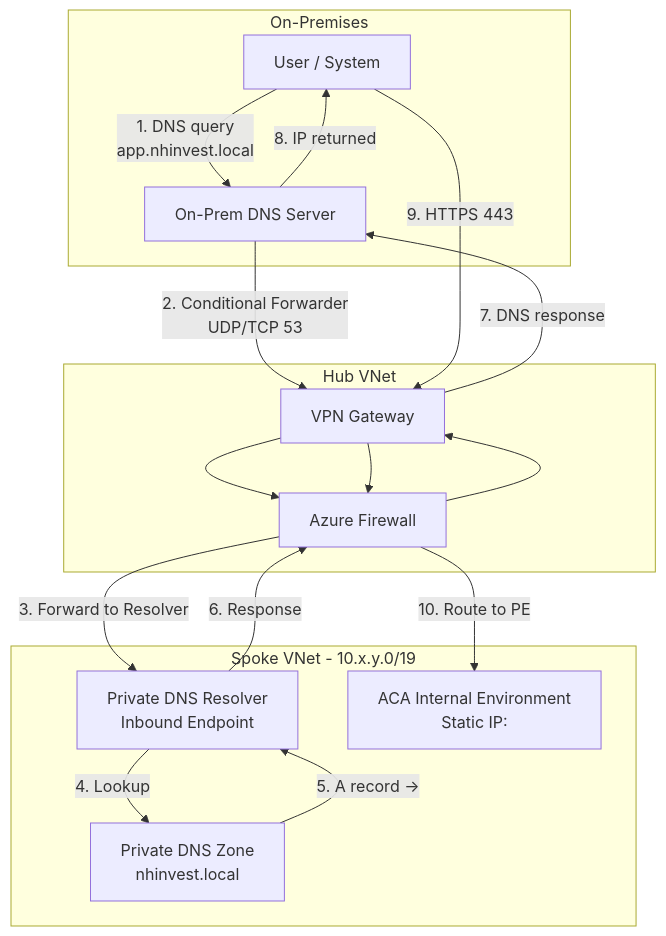
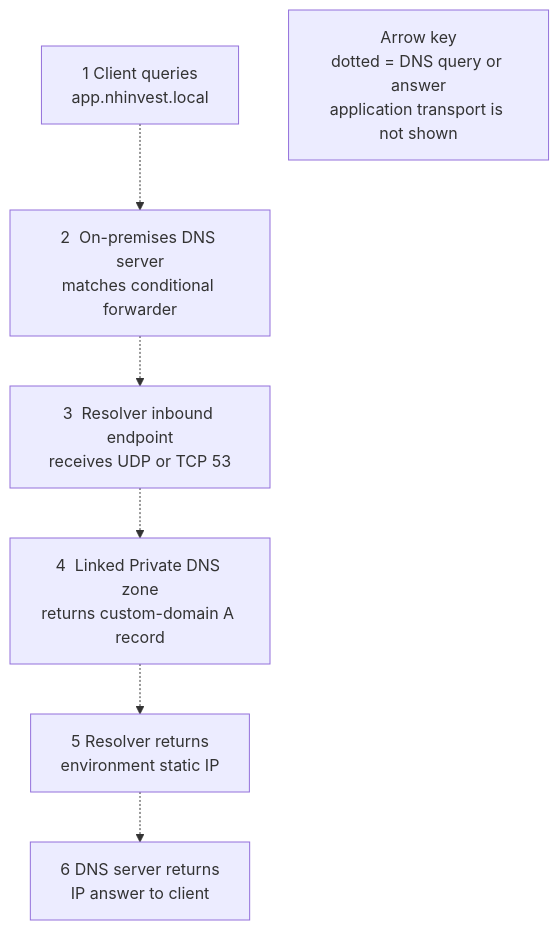
The second of 2 diagrams in docs/operations/deployment/internal-ingress-on-prem-dns.md (yeongseon/azure-container-apps-practical-guide), drawn with Mermaid before and after one commit. The commit also changed other lines of this file and 5 other files, not shown here.

First line of the commit message:
docs(diagrams): migrate the Container Apps custom domain and on-prem DNS diagrams (#603)

````diff
--- a/docs/operations/deployment/internal-ingress-on-prem-dns.md
+++ b/docs/operations/deployment/internal-ingress-on-prem-dns.md
@@ -85,32 +147,20 @@
 ```mermaid
 flowchart TD
-    subgraph On-Premises
-        PC[User / System]
-        DNS_OP[On-Prem DNS Server]
-    end
+    accTitle: On-premises DNS resolution through Azure DNS Private Resolver
+    accDescr: The client queries its on-premises DNS server. A conditional forwarder sends the matching suffix to the resolver inbound endpoint. The resolver consults the linked private DNS zone and returns the custom-domain A record through the DNS server to the client. No TCP or TLS application connection is shown.
 
-    subgraph Hub VNet
-        VPN[VPN Gateway]
-        FW[Azure Firewall]
-    end
+    CLIENT_QUERY["1  Client queries<br/>app.nhinvest.local"]
+    DNS_FORWARD["2  On-premises DNS server<br/>matches conditional forwarder"]
+    RESOLVER_QUERY["3  Resolver inbound endpoint<br/>receives UDP or TCP 53"]
+    ZONE_LOOKUP["4  Linked Private DNS zone<br/>returns custom-domain A record"]
+    DNS_ANSWER["5  Resolver returns<br/>environment static IP"]
+    CLIENT_ANSWER["6  DNS server returns<br/>IP answer to client"]
 
-    subgraph Spoke VNet - 10.x.y.0/19
-        RESOLVER[Private DNS Resolver<br/>Inbound Endpoint]
-        PE[ACA Internal Environment<br/>Static IP: <aca-static-ip>]
-        ZONE[Private DNS Zone<br/>nhinvest.local]
-    end
+    CLIENT_QUERY -.-> DNS_FORWARD
+    DNS_FORWARD -.-> RESOLVER_QUERY
+    RESOLVER_QUERY -.-> ZONE_LOOKUP
+    ZONE_LOOKUP -.-> DNS_ANSWER
+    DNS_ANSWER -.-> CLIENT_ANSWER
 
-    PC -->|1. DNS query<br/>app.nhinvest.local| DNS_OP
-    DNS_OP -->|2. Conditional Forwarder<br/>UDP/TCP 53| VPN
-    VPN --> FW
-    FW -->|3. Forward to Resolver| RESOLVER
-    RESOLVER -->|4. Lookup| ZONE
-    ZONE -->|5. A record → <aca-static-ip>| RESOLVER
-    RESOLVER -->|6. Response| FW
-    FW --> VPN
-    VPN -->|7. DNS response| DNS_OP
-    DNS_OP -->|8. IP returned| PC
-    PC -->|9. HTTPS 443| VPN
-    VPN --> FW
-    FW -->|10. Route to PE| PE
+    LEGEND["Arrow key<br/>dotted = DNS query or answer<br/>application transport is not shown"]
 ```
````
